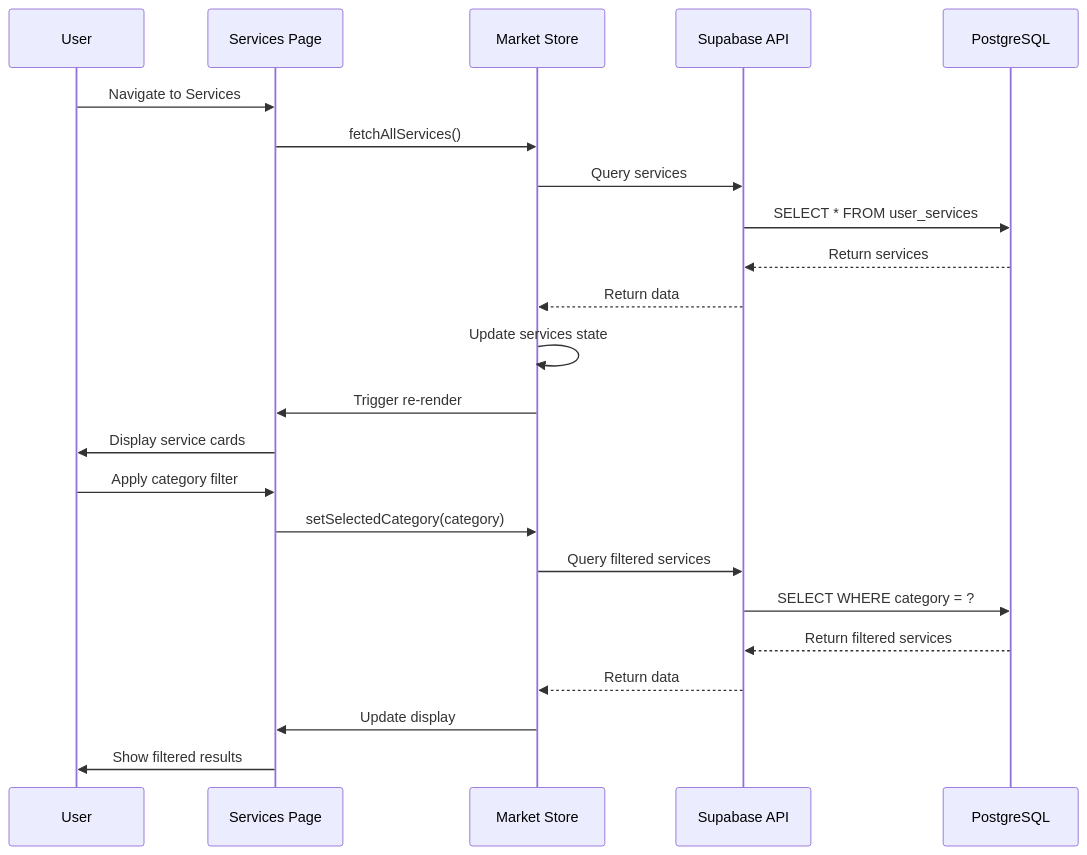
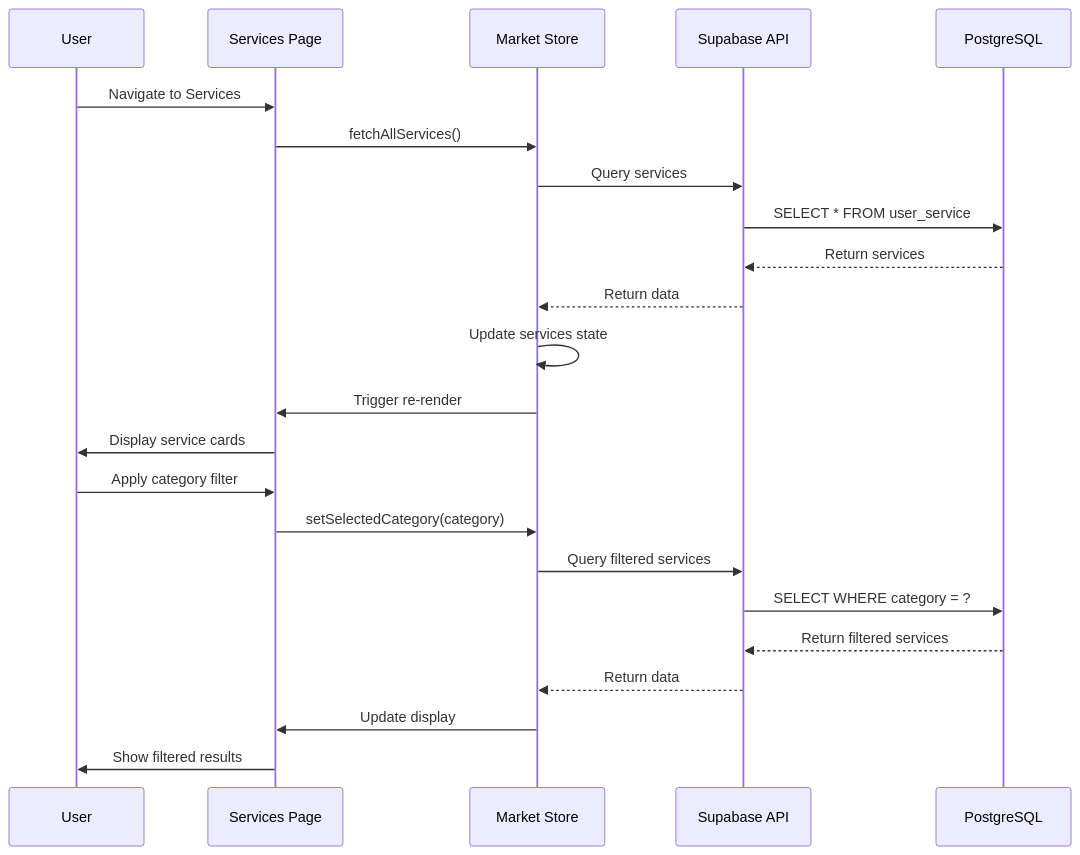
Before and after one commit to tamadekk/RukaTi: the sixth of 11 diagrams in docs/business/technical-architecture.md, drawn with Mermaid. The commit also changed other lines of this file and 11 other files, not shown here.

````diff
--- a/docs/business/technical-architecture.md
+++ b/docs/business/technical-architecture.md
@@ -459,27 +459,27 @@
 ```mermaid
 sequenceDiagram
     participant User
     participant UI as Services Page
     participant Store as Market Store
     participant Supabase as Supabase API
     participant DB as PostgreSQL
 
     User->>UI: Navigate to Services
     UI->>Store: fetchAllServices()
     Store->>Supabase: Query services
-    Supabase->>DB: SELECT * FROM user_services
+    Supabase->>DB: SELECT * FROM user_service
     DB-->>Supabase: Return services
     Supabase-->>Store: Return data
     Store->>Store: Update services state
     Store->>UI: Trigger re-render
     UI->>User: Display service cards
 
     User->>UI: Apply category filter
     UI->>Store: setSelectedCategory(category)
     Store->>Supabase: Query filtered services
     Supabase->>DB: SELECT WHERE category = ?
     DB-->>Supabase: Return filtered services
     Supabase-->>Store: Return data
     Store->>UI: Update display
     UI->>User: Show filtered results
 ```
````
